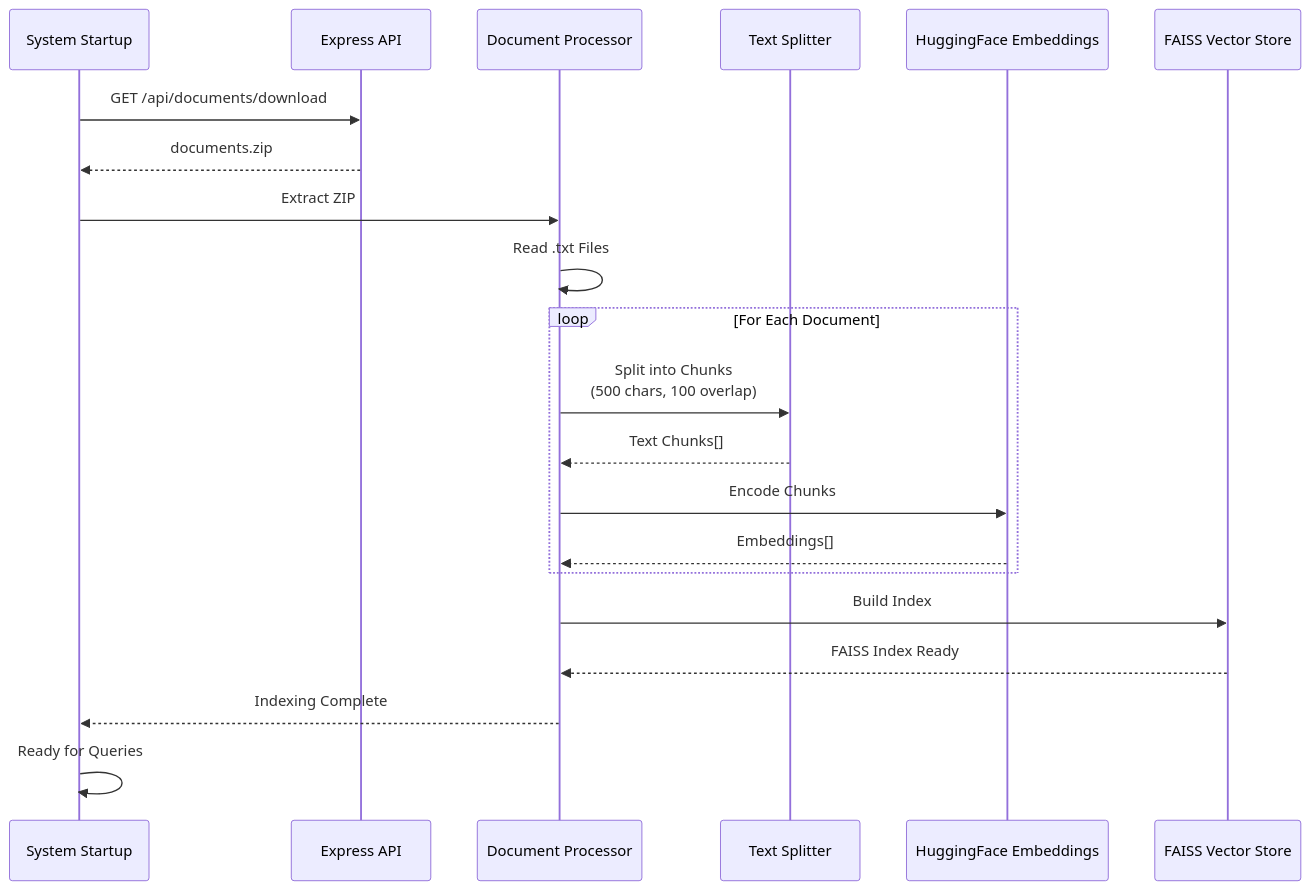
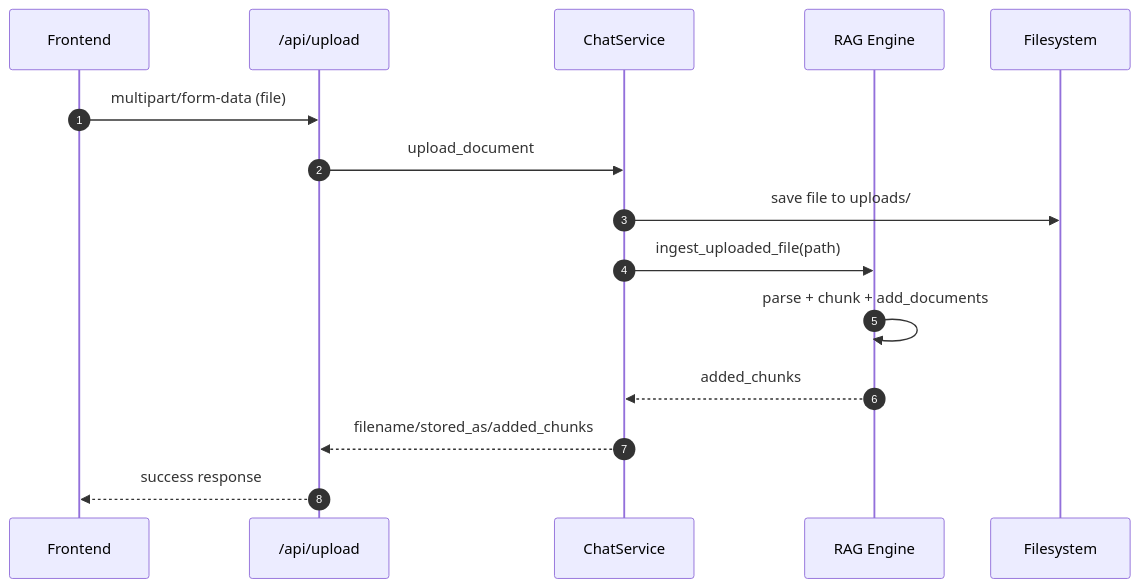
One commit to yamposskype/AI-RAG-LangChain changed diagram 12 of 21 in ARCHITECTURE.md. Above: the diagram before and after it, drawn with Mermaid. The commit also changed other lines of this file and 164 other files, not shown here.

````diff
--- a/ARCHITECTURE.md
+++ b/ARCHITECTURE.md
@@ -510,29 +557,18 @@
 ```mermaid
 sequenceDiagram
-    participant S as System Startup
-    participant E as Express API
-    participant D as Document Processor
-    participant T as Text Splitter
-    participant H as HuggingFace Embeddings
-    participant V as FAISS Vector Store
+    autonumber
+    participant FE as Frontend
+    participant API as /api/upload
+    participant CS as ChatService
+    participant ENG as RAG Engine
+    participant FS as Filesystem
 
-    S->>E: GET /api/documents/download
-    E-->>S: documents.zip
-
-    S->>D: Extract ZIP
-    D->>D: Read .txt Files
-
-    loop For Each Document
-        D->>T: Split into Chunks<br/>(500 chars, 100 overlap)
-        T-->>D: Text Chunks[]
-
-        D->>H: Encode Chunks
-        H-->>D: Embeddings[]
-    end
-
-    D->>V: Build Index
-    V-->>D: FAISS Index Ready
-
-    D-->>S: Indexing Complete
-    S->>S: Ready for Queries
+    FE->>API: multipart/form-data (file)
+    API->>CS: upload_document
+    CS->>FS: save file to uploads/
+    CS->>ENG: ingest_uploaded_file(path)
+    ENG->>ENG: parse + chunk + add_documents
+    ENG-->>CS: added_chunks
+    CS-->>API: filename/stored_as/added_chunks
+    API-->>FE: success response
 ```
````
